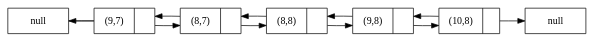
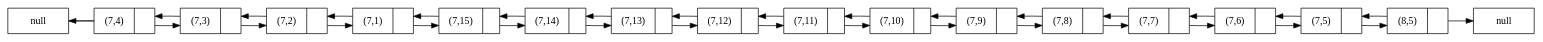
One commit to JPineda12/Snake-Reloaded changed the diagram in dist/Reportes/graficaDoble.dot. Above: the diagram before and after it, drawn with Graphviz. The commit also changed 17 other files, not shown here.

```diff
--- a/dist/Reportes/graficaDoble.dot
+++ b/dist/Reportes/graficaDoble.dot
@@ -1,22 +1,55 @@
 digraph foo {
 rankdir=LR;
 node [shape=record];
 pf [label="{ <data> null}", width=1.2]
-p0 [label="{ <data> (9,7)| <ref>  }", width=1.2]
-p1 [label="{ <data> (8,7)| <ref>  }", width=1.2]
-p2 [label="{ <data> (8,8)| <ref>  }", width=1.2]
-p3 [label="{ <data> (9,8)| <ref>  }", width=1.2]
-p4 [label="{ <data> (10,8)| <ref>  }", width=1.2]
+p0 [label="{ <data> (7,4)| <ref>  }", width=1.2]
+p1 [label="{ <data> (7,3)| <ref>  }", width=1.2]
+p2 [label="{ <data> (7,2)| <ref>  }", width=1.2]
+p3 [label="{ <data> (7,1)| <ref>  }", width=1.2]
+p4 [label="{ <data> (7,15)| <ref>  }", width=1.2]
+p5 [label="{ <data> (7,14)| <ref>  }", width=1.2]
+p6 [label="{ <data> (7,13)| <ref>  }", width=1.2]
+p7 [label="{ <data> (7,12)| <ref>  }", width=1.2]
+p8 [label="{ <data> (7,11)| <ref>  }", width=1.2]
+p9 [label="{ <data> (7,10)| <ref>  }", width=1.2]
+p10 [label="{ <data> (7,9)| <ref>  }", width=1.2]
+p11 [label="{ <data> (7,8)| <ref>  }", width=1.2]
+p12 [label="{ <data> (7,7)| <ref>  }", width=1.2]
+p13 [label="{ <data> (7,6)| <ref>  }", width=1.2]
+p14 [label="{ <data> (7,5)| <ref>  }", width=1.2]
+p15 [label="{ <data> (8,5)| <ref>  }", width=1.2]
 pl [label="{ <data> null}", width=1.2]
 p0 -> p1
 p1 ->p0
 p1 -> p2
 p2 ->p1
 p2 -> p3
 p3 ->p2
 p3 -> p4
 p4 ->p3
+p4 -> p5
+p5 ->p4
+p5 -> p6
+p6 ->p5
+p6 -> p7
+p7 ->p6
+p7 -> p8
+p8 ->p7
+p8 -> p9
+p9 ->p8
+p9 -> p10
+p10 ->p9
+p10 -> p11
+p11 ->p10
+p11 -> p12
+p12 ->p11
+p12 -> p13
+p13 ->p12
+p13 -> p14
+p14 ->p13
+p14 -> p15
+p15 ->p14
 p0-> pf
 pf-> p0:data[arrowhead=none]
-p4 -> pl
+p15 -> pl
 }
```
